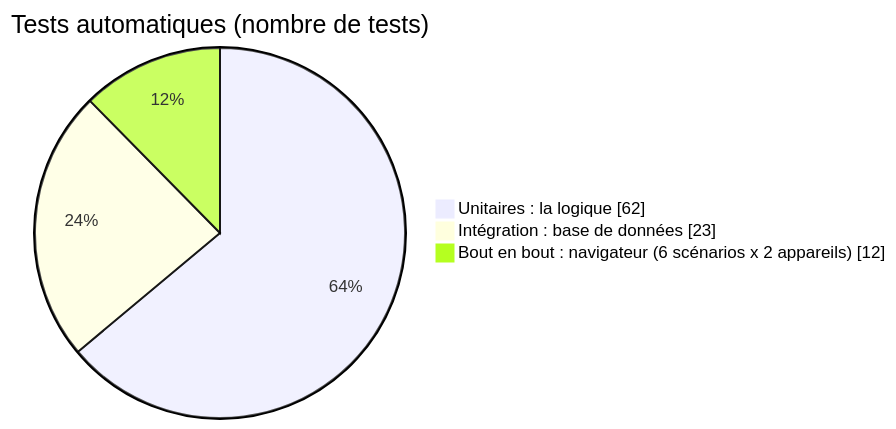
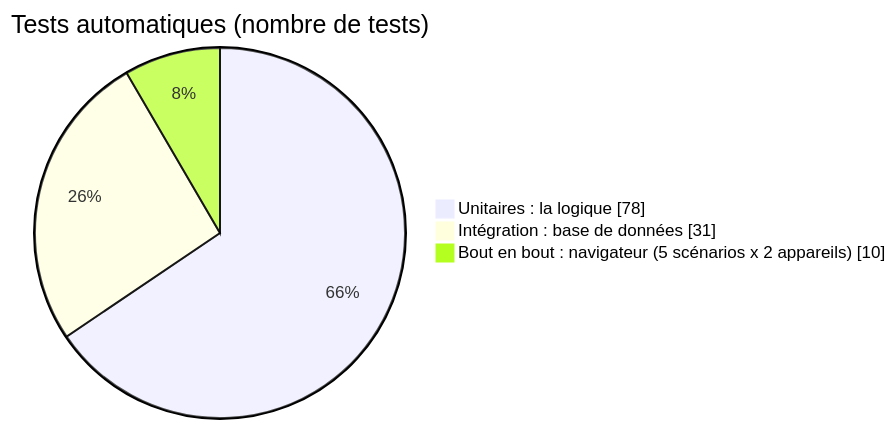
Before and after one commit to sami136kwe/deepstatsh: diagram 13 of 13 in docs/DOCUMENTATION.md, drawn with Mermaid. The commit also changed other lines of this file and 1 other file, not shown here.

````diff
--- a/docs/DOCUMENTATION.md
+++ b/docs/DOCUMENTATION.md
@@ -635,6 +731,6 @@
 ```mermaid
 pie showData title Tests automatiques (nombre de tests)
-    "Unitaires : la logique" : 62
-    "Intégration : base de données" : 23
-    "Bout en bout : navigateur (6 scénarios x 2 appareils)" : 12
+    "Unitaires : la logique" : 78
+    "Intégration : base de données" : 31
+    "Bout en bout : navigateur (5 scénarios x 2 appareils)" : 10
 ```
````
